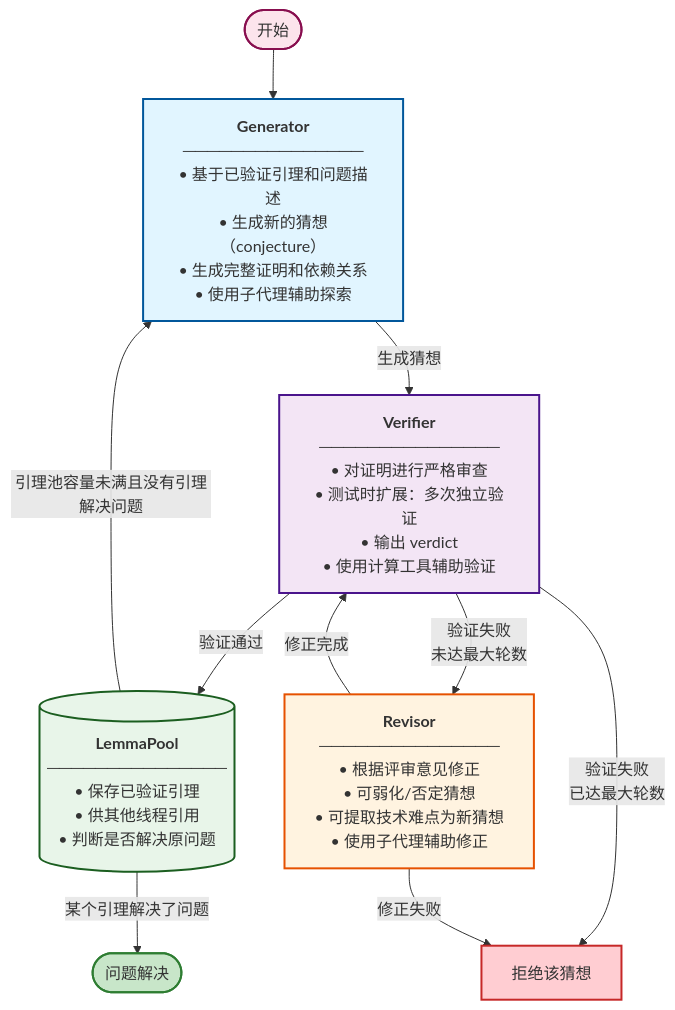
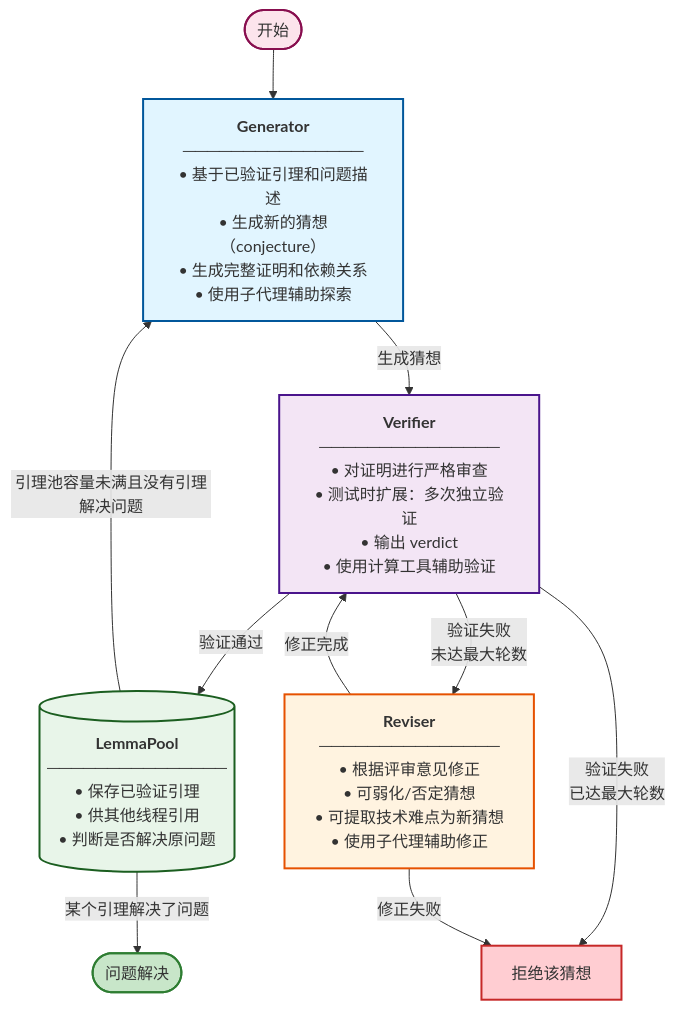
The diagram in README.md (tanzcoding/AlphaSolve), drawn with Mermaid before and after one commit. The commit also changed other lines of this file and 14 other files, not shown here.

````diff
--- a/README.md
+++ b/README.md
@@ -35,26 +35,26 @@
 ```mermaid
 flowchart TD
     Start([开始]) --> Generator
     
     Generator["<b>Generator</b><br/>───────────────<br/>• 基于已验证引理和问题描述<br/>• 生成新的猜想（conjecture）<br/>• 生成完整证明和依赖关系<br/>• 使用子代理辅助探索"] -->|生成猜想| Verifier
     
     Verifier["<b>Verifier</b><br/>───────────────<br/>• 对证明进行严格审查<br/>• 测试时扩展：多次独立验证<br/>• 输出 verdict<br/>• 使用计算工具辅助验证"] -->|验证通过| LemmaPool
-    Verifier -->|验证失败<br/>未达最大轮数| Revisor
+    Verifier -->|验证失败<br/>未达最大轮数| Reviser
     Verifier -->|验证失败<br/>已达最大轮数| Reject[拒绝该猜想]
     
-    Revisor["<b>Revisor</b><br/>───────────────<br/>• 根据评审意见修正<br/>• 可弱化/否定猜想<br/>• 可提取技术难点为新猜想<br/>• 使用子代理辅助修正"] -->|修正完成| Verifier
-    Revisor -->|修正失败| Reject
+    Reviser["<b>Reviser</b><br/>───────────────<br/>• 根据评审意见修正<br/>• 可弱化/否定猜想<br/>• 可提取技术难点为新猜想<br/>• 使用子代理辅助修正"] -->|修正完成| Verifier
+    Reviser -->|修正失败| Reject
     
     LemmaPool[("<b>LemmaPool</b><br/>───────────────<br/>• 保存已验证引理<br/>• 供其他线程引用<br/>• 判断是否解决原问题")]
     
     LemmaPool -->|某个引理解决了问题| Solved([问题解决])
     LemmaPool -->|引理池容量未满且没有引理解决问题| Generator
     
     style Generator fill:#e1f5ff,stroke:#01579b,stroke-width:2px
     style Verifier fill:#f3e5f5,stroke:#4a148c,stroke-width:2px
-    style Revisor fill:#fff3e0,stroke:#e65100,stroke-width:2px
+    style Reviser fill:#fff3e0,stroke:#e65100,stroke-width:2px
     style LemmaPool fill:#e8f5e9,stroke:#1b5e20,stroke-width:2px
     style Solved fill:#c8e6c9,stroke:#2e7d32,stroke-width:2px
     style Reject fill:#ffcdd2,stroke:#c62828,stroke-width:2px
     style Start fill:#fce4ec,stroke:#880e4f,stroke-width:2px
 ```
````
